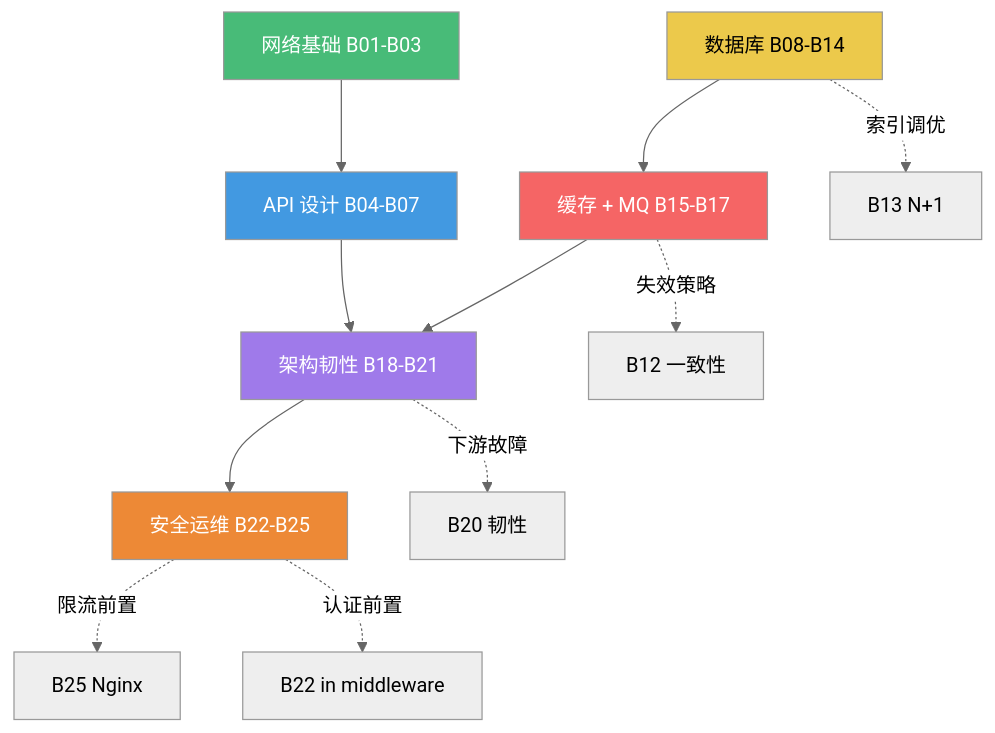
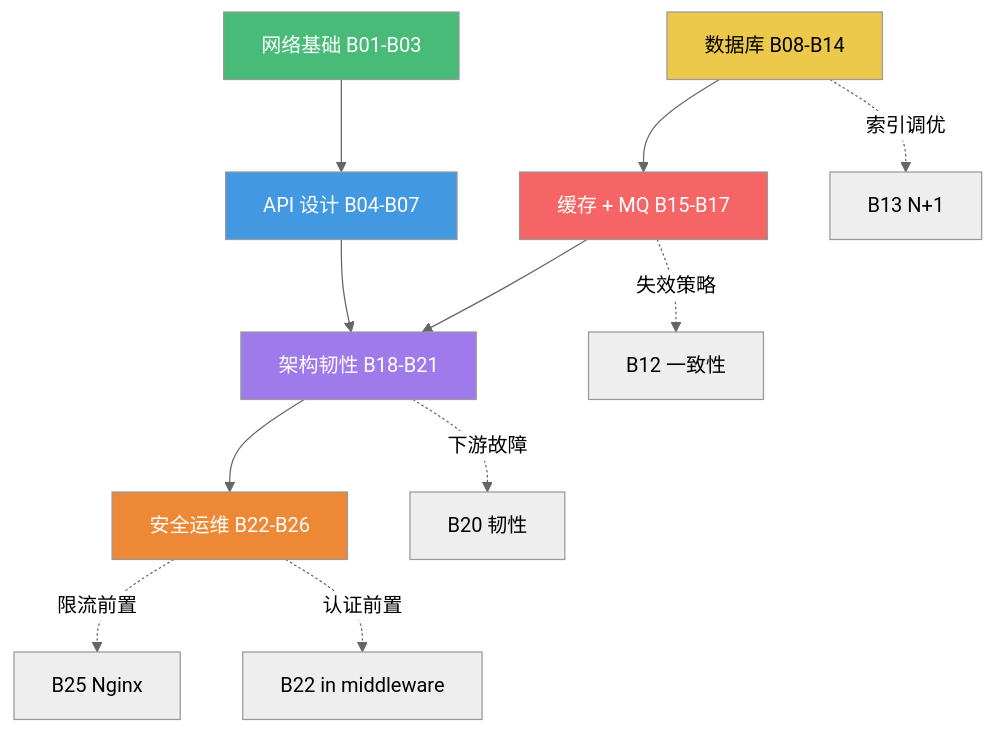
One commit to Kirby980/backend-handbook changed diagram 18 of 22 in backend/ROADMAP.md. Above: the diagram before and after it, drawn with Mermaid (neutral theme). The commit also changed other lines of this file and 9 other files, not shown here.

````diff
--- a/backend/ROADMAP.md
+++ b/backend/ROADMAP.md
@@ -471,29 +483,29 @@
 ```mermaid
 graph TD
     Network[网络基础 B01-B03]
     API[API 设计 B04-B07]
     DB[数据库 B08-B14]
     Cache[缓存 + MQ B15-B17]
     Arch[架构韧性 B18-B21]
-    Sec[安全运维 B22-B25]
+    Sec[安全运维 B22-B26]
     
     Network --> API
     API --> Arch
     DB --> Cache
     Cache --> Arch
     Arch --> Sec
     
     %% 横向关联
     DB -. 索引调优 .-> N1[B13 N+1]
     Cache -. 失效策略 .-> N2[B12 一致性]
     Arch -. 下游故障 .-> N3[B20 韧性]
     Sec -. 限流前置 .-> N4[B25 Nginx]
     Sec -. 认证前置 .-> N5[B22 in middleware]
     
     style Network fill:#48bb78,color:#fff
     style API fill:#4299e1,color:#fff
     style DB fill:#ecc94b
     style Cache fill:#f56565,color:#fff
     style Arch fill:#9f7aea,color:#fff
     style Sec fill:#ed8936,color:#fff
 ```
````
